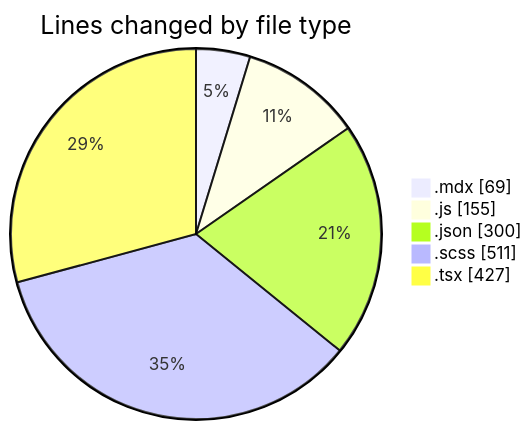
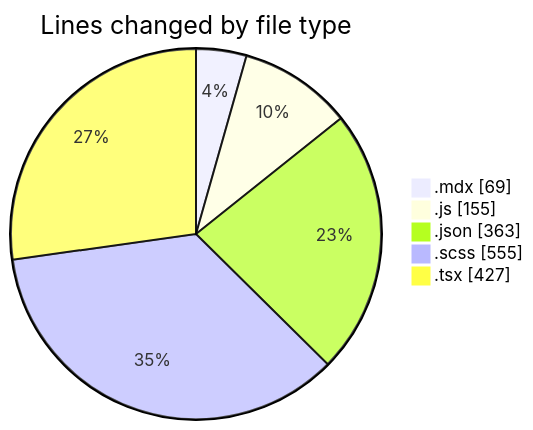
The first of 2 diagrams in 2026-08-13/cda/README.md (momahboobian/code-tracking), drawn with Mermaid before and after one commit. The commit also changed other lines of this file and 1 other file, not shown here.

````diff
--- a/2026-08-13/cda/README.md
+++ b/2026-08-13/cda/README.md
@@ -30,9 +31,9 @@
 ```mermaid
 pie showData
 title Lines changed by file type
 ".mdx" : 69
 ".js" : 155
-".json" : 300
-".scss" : 511
+".json" : 363
+".scss" : 555
 ".tsx" : 427
 ```
````
